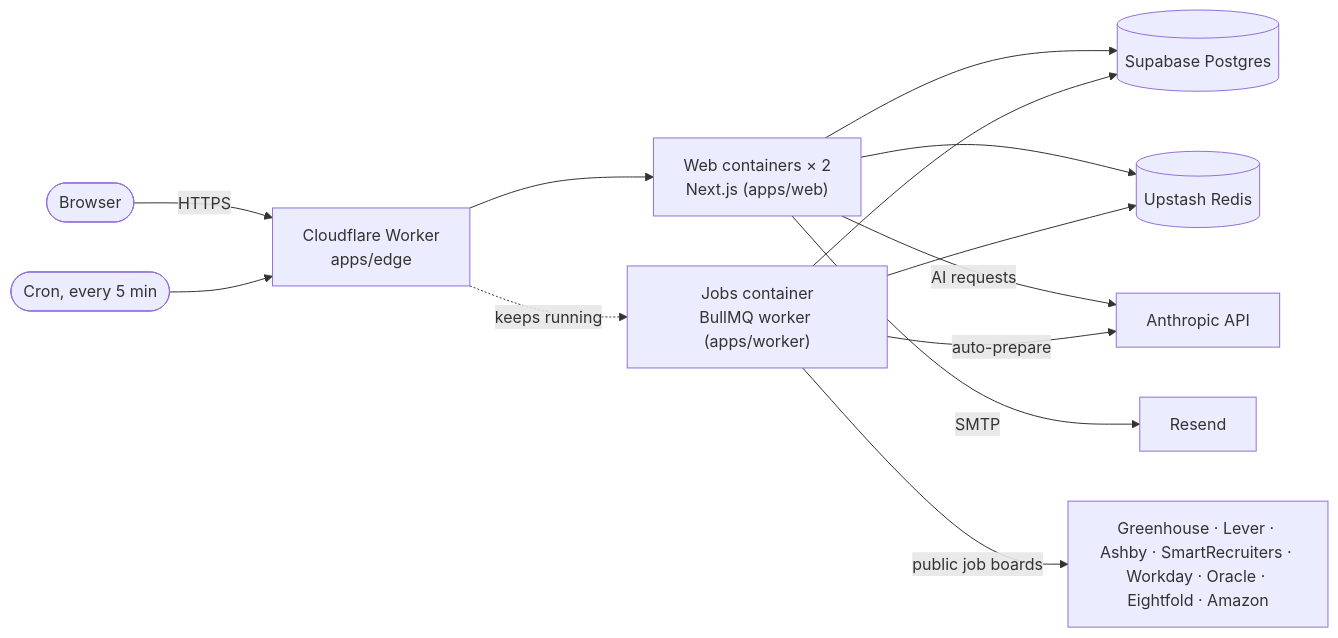
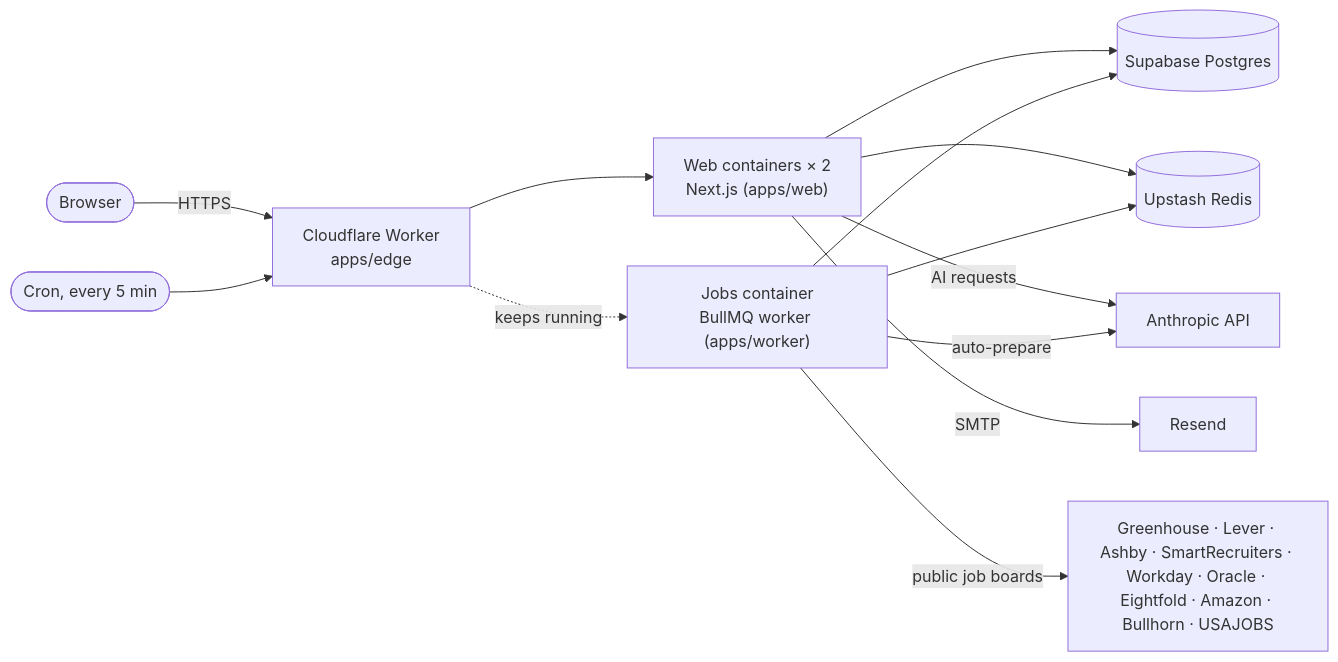
One commit to HimaSundharRaju/NextRole changed the diagram in docs/DEPLOY_CLOUDFLARE.md. Above: the diagram before and after it, drawn with Mermaid. The commit also changed other lines of this file and 35 other files, not shown here.

First line of the commit message:
Add federal jobs from USAJOBS and an Adzuna feed, and show jobs listed twice only once

````diff
--- a/docs/DEPLOY_CLOUDFLARE.md
+++ b/docs/DEPLOY_CLOUDFLARE.md
@@ -7,15 +7,15 @@
 ```mermaid
 flowchart LR
   visitor([Browser]) -->|HTTPS| worker["Cloudflare Worker<br/>apps/edge"]
   worker --> web["Web containers × 2<br/>Next.js (apps/web)"]
   cron([Cron, every 5 min]) --> worker
   worker -. keeps running .-> jobs["Jobs container<br/>BullMQ worker (apps/worker)"]
   web --> pg[(Supabase Postgres)]
   web --> redis[(Upstash Redis)]
   jobs --> pg
   jobs --> redis
   web -->|AI requests| anthropic[Anthropic API]
   jobs -->|auto-prepare| anthropic
   web -->|SMTP| mail[Resend]
-  jobs -->|public job boards| boards[Greenhouse · Lever · Ashby · SmartRecruiters · Workday · Oracle · Eightfold · Amazon]
+  jobs -->|public job boards| boards[Greenhouse · Lever · Ashby · SmartRecruiters · Workday · Oracle · Eightfold · Amazon · Bullhorn · USAJOBS]
 ```
````
